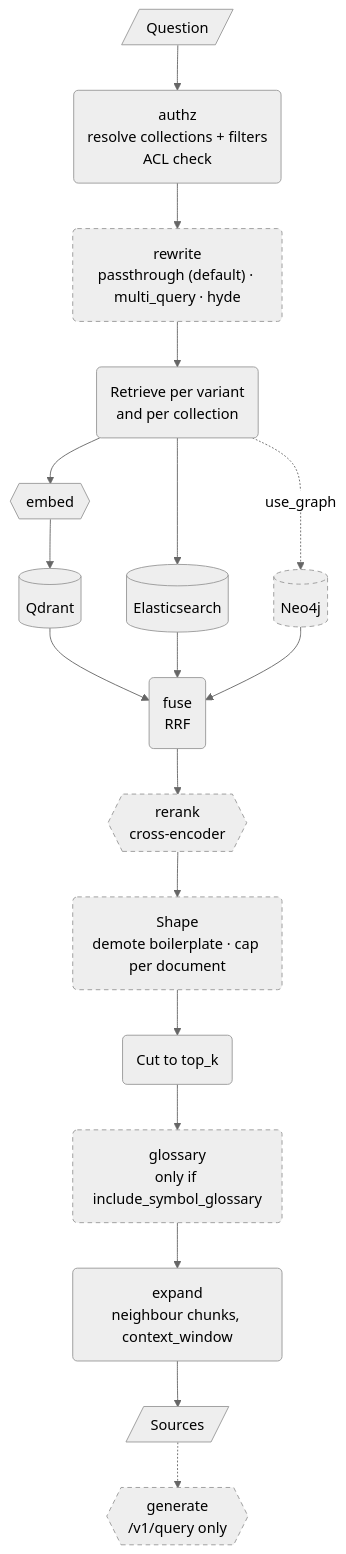
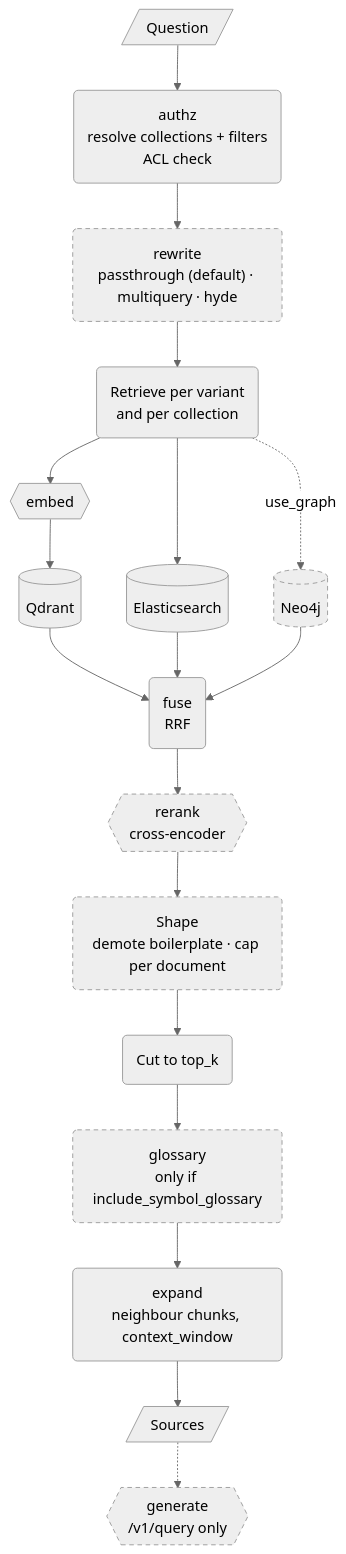
The third of 3 diagrams in docs/diagrams/system-components.md (wilke/ragstack), drawn with Mermaid (neutral theme) before and after one commit. The commit also changed other lines of this file and 2 other files, not shown here.

````diff
--- a/docs/diagrams/system-components.md
+++ b/docs/diagrams/system-components.md
@@ -107,32 +117,32 @@
 ```mermaid
 flowchart TB
   Q[/"Question"/]
   AUTHZ("authz<br/>resolve collections + filters<br/>ACL check")
-  RW("rewrite<br/>passthrough (default) · multi_query · hyde")
+  RW("rewrite<br/>passthrough (default) · multiquery · hyde")
   LEGS("Retrieve per variant<br/>and per collection")
   EMBQ{{"embed"}}
   VEC[("Qdrant")]
   TXT[("Elasticsearch")]
   GRA[("Neo4j")]
   FUSE("fuse<br/>RRF")
   RR{{"rerank<br/>cross-encoder"}}
   SHAPE("Shape<br/>demote boilerplate · cap per document")
   CUT("Cut to top_k")
   GL("glossary<br/>only if include_symbol_glossary")
   EXP("expand<br/>neighbour chunks, context_window")
   A[/"Sources"/]
   GEN{{"generate<br/>/v1/query only"}}
 
   Q --> AUTHZ --> RW --> LEGS
   LEGS --> EMBQ --> VEC
   LEGS --> TXT
   LEGS -. "use_graph" .-> GRA
   VEC --> FUSE
   TXT --> FUSE
   GRA --> FUSE
   FUSE --> RR --> SHAPE --> CUT --> GL --> EXP --> A
   A -.-> GEN
 
   classDef opt stroke-dasharray: 5 4;
   class RW,GRA,RR,SHAPE,GL,GEN opt;
 ```
````
